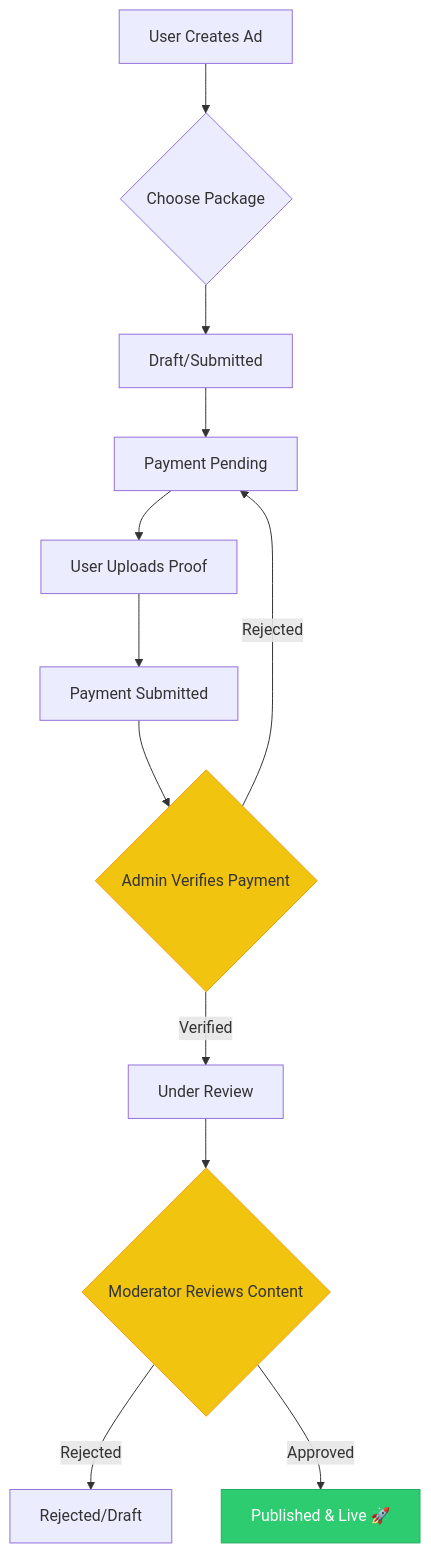
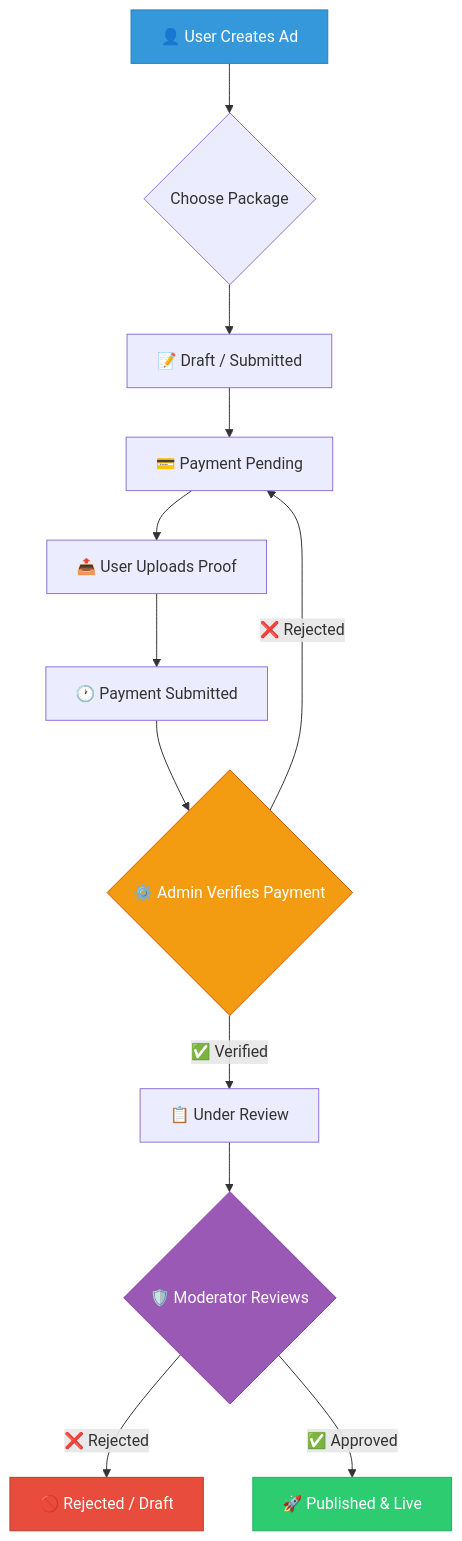
Before and after one commit to fa23-bcs-010-eng/Adflow: the diagram in README.md, drawn with Mermaid. The commit also changed other lines of this file, not shown here.

````diff
--- a/README.md
+++ b/README.md
@@ -47,18 +81,20 @@
 ```mermaid
 graph TD
-    A[User Creates Ad] --> B{Choose Package}
-    B --> C[Draft/Submitted]
-    C --> D[Payment Pending]
-    D --> E[User Uploads Proof]
-    E --> F[Payment Submitted]
-    F --> G{Admin Verifies Payment}
-    G -- Rejected --> D
-    G -- Verified --> H[Under Review]
-    H --> I{Moderator Reviews Content}
-    I -- Rejected --> J[Rejected/Draft]
-    I -- Approved --> K[Published & Live 🚀]
-    
+    A[👤 User Creates Ad] --> B{Choose Package}
+    B --> C[📝 Draft / Submitted]
+    C --> D[💳 Payment Pending]
+    D --> E[📤 User Uploads Proof]
+    E --> F[🕐 Payment Submitted]
+    F --> G{⚙️ Admin Verifies Payment}
+    G -- ❌ Rejected --> D
+    G -- ✅ Verified --> H[📋 Under Review]
+    H --> I{🛡️ Moderator Reviews}
+    I -- ❌ Rejected --> J[🚫 Rejected / Draft]
+    I -- ✅ Approved --> K[🚀 Published & Live]
+
     style K fill:#2ecc71,stroke:#27ae60,color:#fff
-    style G fill:#f1c40f,stroke:#f39c12
-    style I fill:#f1c40f,stroke:#f39c12
+    style A fill:#3498db,stroke:#2980b9,color:#fff
+    style G fill:#f39c12,stroke:#d35400,color:#fff
+    style I fill:#9b59b6,stroke:#8e44ad,color:#fff
+    style J fill:#e74c3c,stroke:#c0392b,color:#fff
 ```
````
